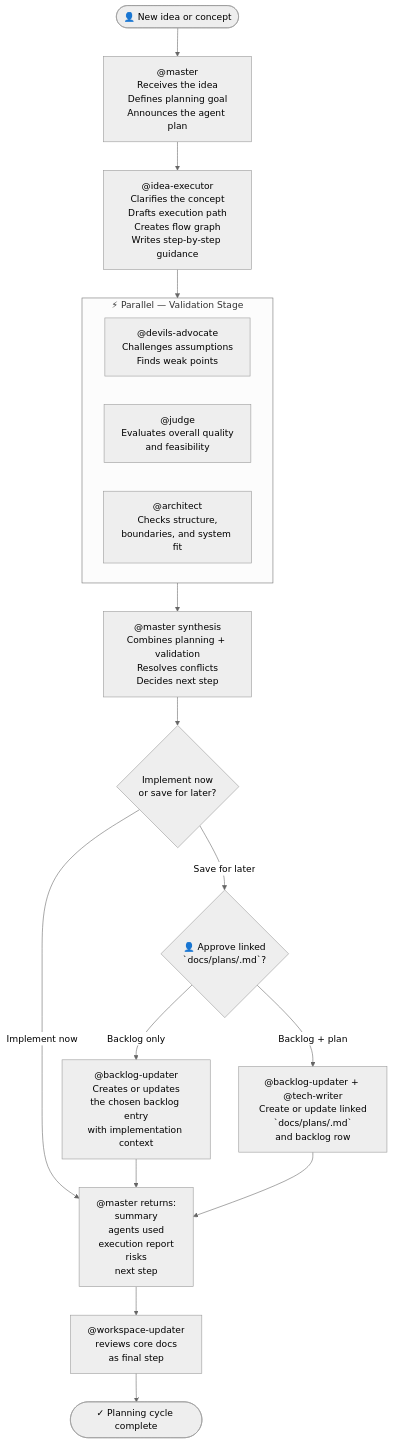
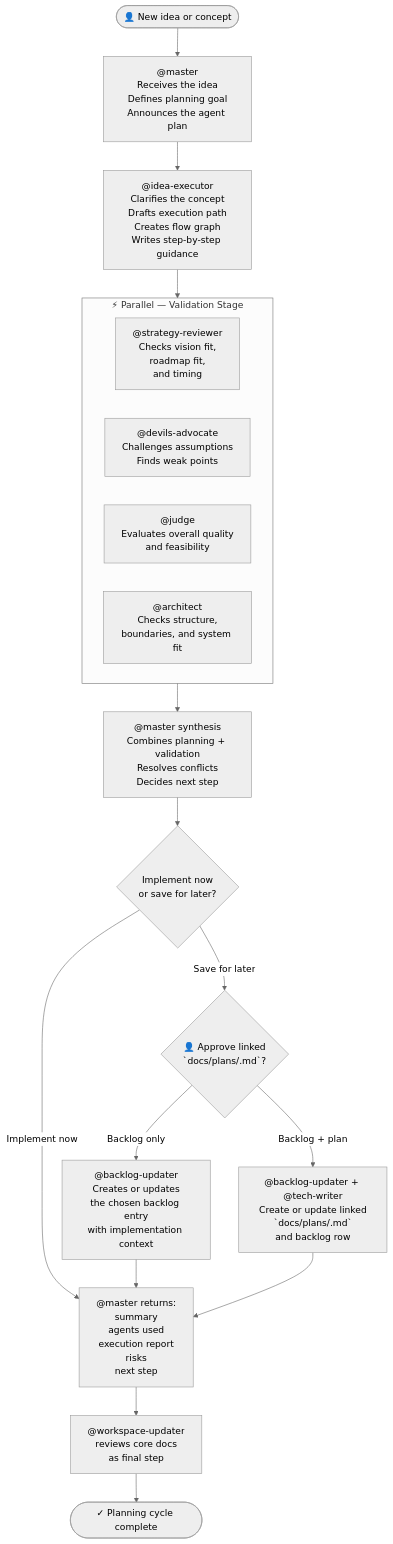
One commit to Konstantinos-Sakellariou/claude-team-kit changed the fourth of 10 diagrams in docs/AGENT_WORKFLOWS.md. Above: the diagram before and after it, drawn with Mermaid (neutral theme). The commit also changed other lines of this file and 16 other files, not shown here.

````diff
--- a/docs/AGENT_WORKFLOWS.md
+++ b/docs/AGENT_WORKFLOWS.md
@@ -273,46 +273,47 @@
 ```mermaid
 flowchart TD
     USER(["👤 New idea or concept"])
     USER --> MASTER
 
     MASTER["@master\nReceives the idea\nDefines planning goal\nAnnounces the agent plan"]
 
     MASTER --> IDEA
 
     IDEA["@idea-executor\nClarifies the concept\nDrafts execution path\nCreates flow graph\nWrites step-by-step guidance"]
 
     IDEA --> STAGE1
 
     subgraph STAGE1 ["⚡ Parallel — Validation Stage"]
         direction LR
+        STRAT["@strategy-reviewer\nChecks vision fit,\nroadmap fit,\nand timing"]
         DEVIL["@devils-advocate\nChallenges assumptions\nFinds weak points"]
         JUDGE["@judge\nEvaluates overall quality\nand feasibility"]
         ARCH["@architect\nChecks structure,\nboundaries, and system fit"]
     end
 
     STAGE1 --> SYNTH
 
     SYNTH["@master synthesis\nCombines planning + validation\nResolves conflicts\nDecides next step"]
 
     SYNTH --> DECISION{"Implement now\nor save for later?"}
 
     DECISION -->|"Implement now"| PLAN_DONE
     DECISION -->|"Save for later"| APPROVAL
 
     APPROVAL{"👤 Approve linked\n`docs/plans/<slug>.md`?"}
 
     APPROVAL -->|"Backlog only"| BACKLOG
     APPROVAL -->|"Backlog + plan"| PLAN
 
     BACKLOG["@backlog-updater\nCreates or updates\nthe chosen backlog entry\nwith implementation context"]
 
     PLAN["@backlog-updater + @tech-writer\nCreate or update linked\n`docs/plans/<slug>.md`\nand backlog row"]
 
     BACKLOG --> PLAN_DONE
     PLAN --> PLAN_DONE
 
     PLAN_DONE["@master returns:\nsummary\nagents used\nexecution report\nrisks\nnext step"]
 
     PLAN_DONE --> WU["@workspace-updater\nreviews core docs\nas final step"]
     WU --> DONE(["✓ Planning cycle complete"])
 ```
````
